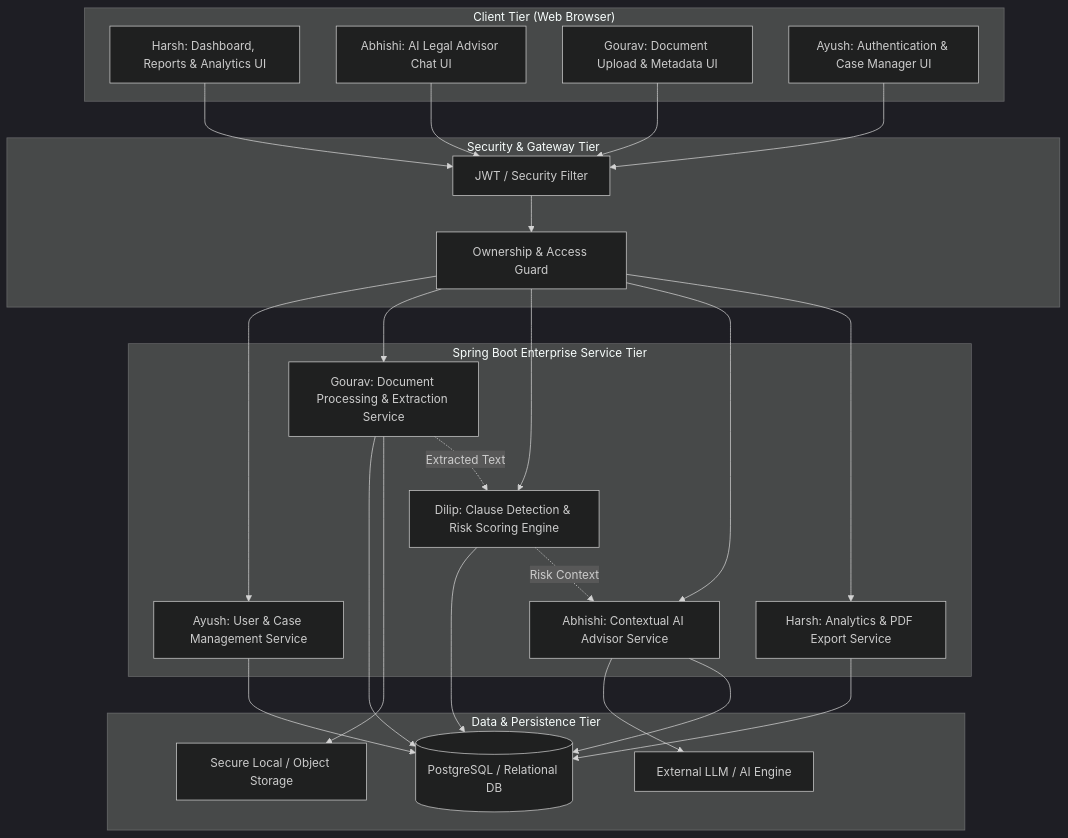
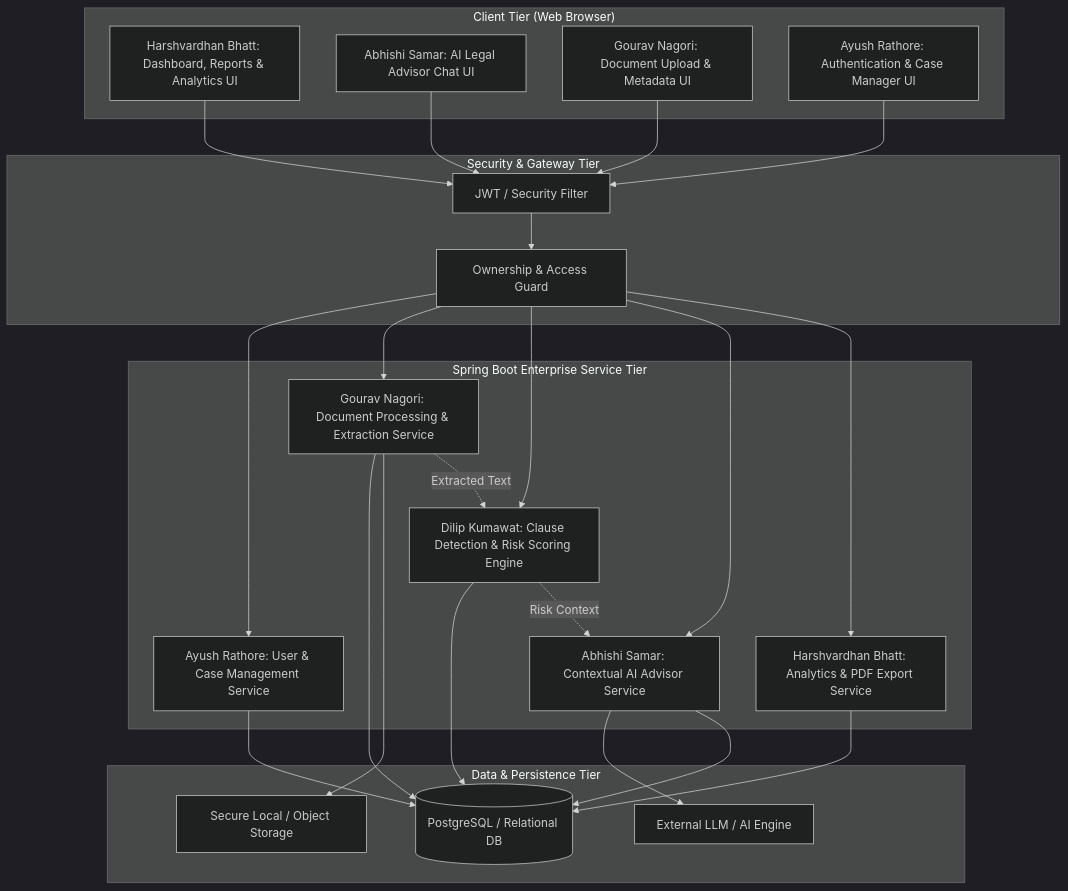
Before and after one commit to gouravnagori/Java-PBL: the diagram in README.md, drawn with Mermaid (dark theme). The commit also changed other lines of this file, not shown here.

````diff
--- a/README.md
+++ b/README.md
@@ -53,50 +84,50 @@
 ```mermaid
 flowchart TD
     subgraph Client["Client Tier (Web Browser)"]
-        UI["Harsh: Dashboard, Reports & Analytics UI"]
-        ChatUI["Abhishi: AI Legal Advisor Chat UI"]
-        UploadUI["Gourav: Document Upload & Metadata UI"]
-        AuthUI["Ayush: Authentication & Case Manager UI"]
+        UI["Harshvardhan Bhatt: Dashboard, Reports & Analytics UI"]
+        ChatUI["Abhishi Samar: AI Legal Advisor Chat UI"]
+        UploadUI["Gourav Nagori: Document Upload & Metadata UI"]
+        AuthUI["Ayush Rathore: Authentication & Case Manager UI"]
     end
 
     subgraph SecurityTier["Security & Gateway Tier"]
         AuthFilter["JWT / Security Filter"]
         RBAC["Ownership & Access Guard"]
     end
 
     subgraph CoreBackend["Spring Boot Enterprise Service Tier"]
-        UserSvc["Ayush: User & Case Management Service"]
-        DocSvc["Gourav: Document Processing & Extraction Service"]
-        AnalysisSvc["Dilip: Clause Detection & Risk Scoring Engine"]
-        AISvc["Abhishi: Contextual AI Advisor Service"]
-        ReportSvc["Harsh: Analytics & PDF Export Service"]
+        UserSvc["Ayush Rathore: User & Case Management Service"]
+        DocSvc["Gourav Nagori: Document Processing & Extraction Service"]
+        AnalysisSvc["Dilip Kumawat: Clause Detection & Risk Scoring Engine"]
+        AISvc["Abhishi Samar: Contextual AI Advisor Service"]
+        ReportSvc["Harshvardhan Bhatt: Analytics & PDF Export Service"]
     end
 
     subgraph StorageEngine["Data & Persistence Tier"]
         DB[(PostgreSQL / Relational DB)]
         FileStore[Secure Local / Object Storage]
         AIProvider[External LLM / AI Engine]
     end
 
     UI --> AuthFilter
     ChatUI --> AuthFilter
     UploadUI --> AuthFilter
     AuthUI --> AuthFilter
 
     AuthFilter --> RBAC
     RBAC --> UserSvc
     RBAC --> DocSvc
     RBAC --> AnalysisSvc
     RBAC --> AISvc
     RBAC --> ReportSvc
 
     UserSvc --> DB
     DocSvc --> DB
     DocSvc --> FileStore
     AnalysisSvc --> DB
     DocSvc -. Extracted Text .-> AnalysisSvc
     AnalysisSvc -. Risk Context .-> AISvc
     AISvc --> AIProvider
     AISvc --> DB
     ReportSvc --> DB
 ```
````
